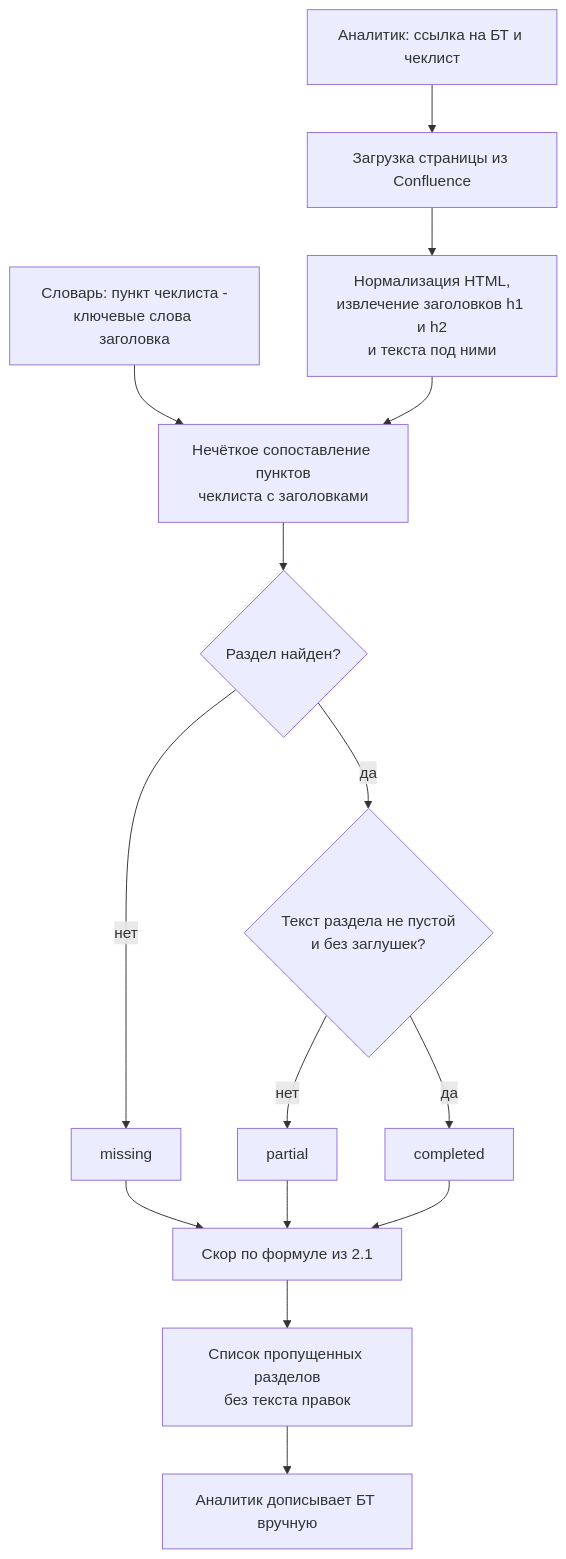
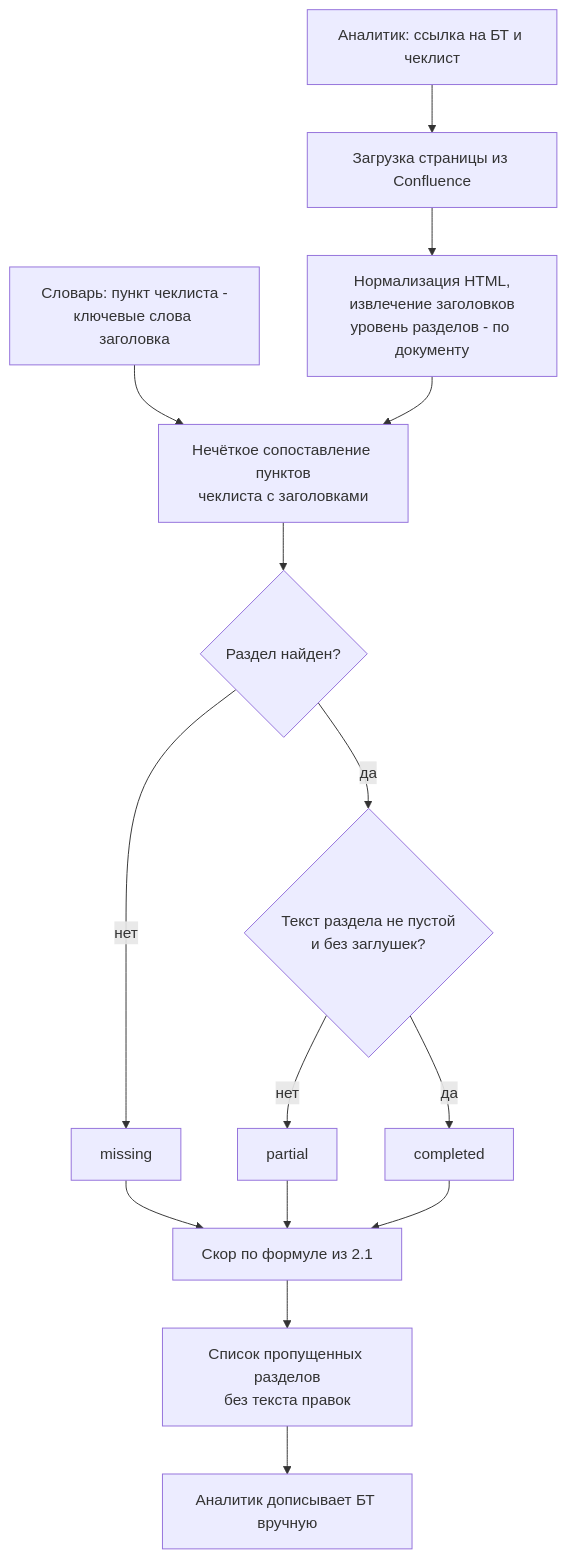
The first of 5 diagrams in docs/ml_system_design_doc.md (baton2809/ReqAssist2), drawn with Mermaid before and after one commit. The commit also changed other lines of this file and 1 other file, not shown here.

````diff
--- a/docs/ml_system_design_doc.md
+++ b/docs/ml_system_design_doc.md
@@ -265,17 +268,17 @@
 ```mermaid
 flowchart TD
     A[Аналитик: ссылка на БТ и чеклист] --> B[Загрузка страницы из Confluence]
-    B --> C[Нормализация HTML,<br/>извлечение заголовков h1 и h2<br/>и текста под ними]
+    B --> C[Нормализация HTML,<br/>извлечение заголовков<br/>уровень разделов - по документу]
     D[Словарь: пункт чеклиста -<br/>ключевые слова заголовка] --> E
     C --> E[Нечёткое сопоставление пунктов<br/>чеклиста с заголовками]
     E --> F{Раздел найден?}
     F -->|нет| G[missing]
     F -->|да| H{Текст раздела не пустой<br/>и без заглушек?}
     H -->|нет| I[partial]
     H -->|да| J[completed]
     G --> K[Скор по формуле из 2.1]
     I --> K
     J --> K
     K --> L[Список пропущенных разделов<br/>без текста правок]
     L --> M[Аналитик дописывает БТ вручную]
 ```
````
